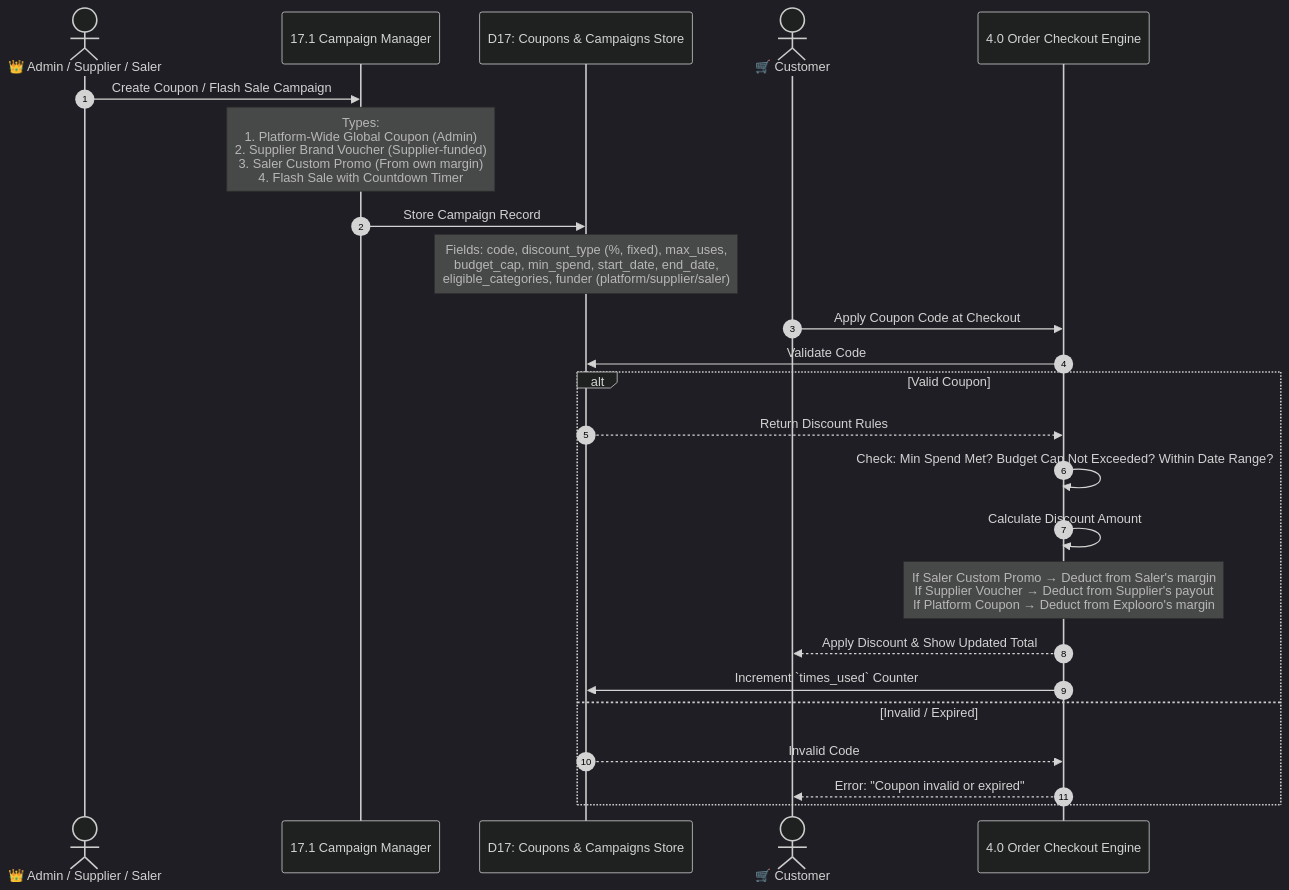
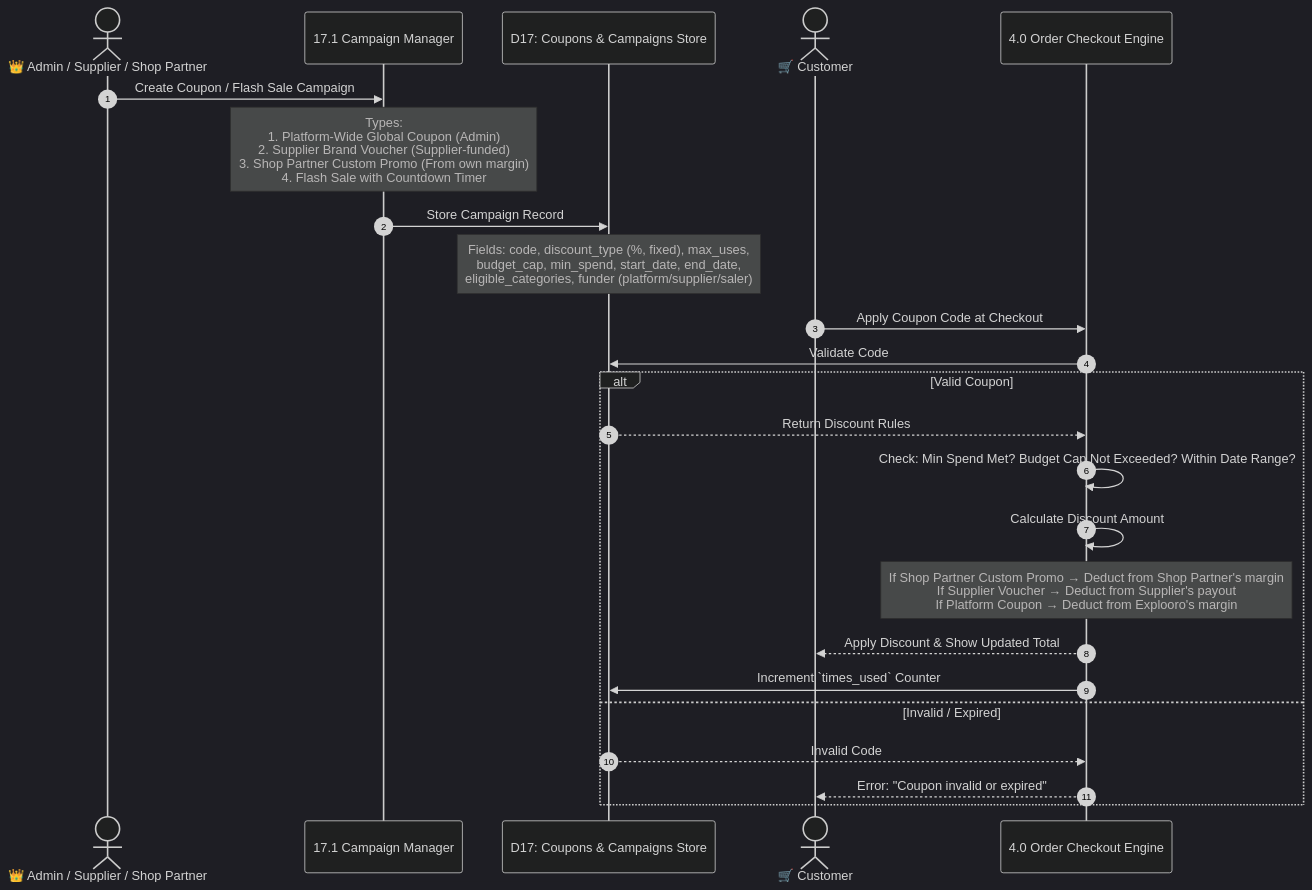
One commit to ashrafulta2/Explooro changed diagram 15 of 18 in docs/DFD.md. Above: the diagram before and after it, drawn with Mermaid (dark theme). The commit also changed other lines of this file and 325 other files, not shown here.

First line of the commit message:
refactor: rename "Saler" and "Seller" to "Shop Partner" in all display text

````diff
--- a/docs/DFD.md
+++ b/docs/DFD.md
@@ -599,30 +599,30 @@
 ```mermaid
 sequenceDiagram
     autonumber
-    actor Admin as 👑 Admin / Supplier / Saler
+    actor Admin as 👑 Admin / Supplier / Shop Partner
     participant CampaignEngine as 17.1 Campaign Manager
     participant DB as D17: Coupons & Campaigns Store
     actor Customer as 🛒 Customer
     participant Checkout as 4.0 Order Checkout Engine
 
     Admin->>CampaignEngine: Create Coupon / Flash Sale Campaign
-    Note over CampaignEngine: Types:<br/>1. Platform-Wide Global Coupon (Admin)<br/>2. Supplier Brand Voucher (Supplier-funded)<br/>3. Saler Custom Promo (From own margin)<br/>4. Flash Sale with Countdown Timer
+    Note over CampaignEngine: Types:<br/>1. Platform-Wide Global Coupon (Admin)<br/>2. Supplier Brand Voucher (Supplier-funded)<br/>3. Shop Partner Custom Promo (From own margin)<br/>4. Flash Sale with Countdown Timer
 
     CampaignEngine->>DB: Store Campaign Record
     Note over DB: Fields: code, discount_type (%, fixed), max_uses,<br/>budget_cap, min_spend, start_date, end_date,<br/>eligible_categories, funder (platform/supplier/saler)
 
     Customer->>Checkout: Apply Coupon Code at Checkout
     Checkout->>DB: Validate Code
     
     alt Valid Coupon
         DB-->>Checkout: Return Discount Rules
         Checkout->>Checkout: Check: Min Spend Met? Budget Cap Not Exceeded? Within Date Range?
         Checkout->>Checkout: Calculate Discount Amount
-        Note over Checkout: If Saler Custom Promo → Deduct from Saler's margin<br/>If Supplier Voucher → Deduct from Supplier's payout<br/>If Platform Coupon → Deduct from Explooro's margin
+        Note over Checkout: If Shop Partner Custom Promo → Deduct from Shop Partner's margin<br/>If Supplier Voucher → Deduct from Supplier's payout<br/>If Platform Coupon → Deduct from Explooro's margin
         Checkout-->>Customer: Apply Discount & Show Updated Total
         Checkout->>DB: Increment `times_used` Counter
     else Invalid / Expired
         DB-->>Checkout: Invalid Code
         Checkout-->>Customer: Error: "Coupon invalid or expired"
     end
 ```
````
